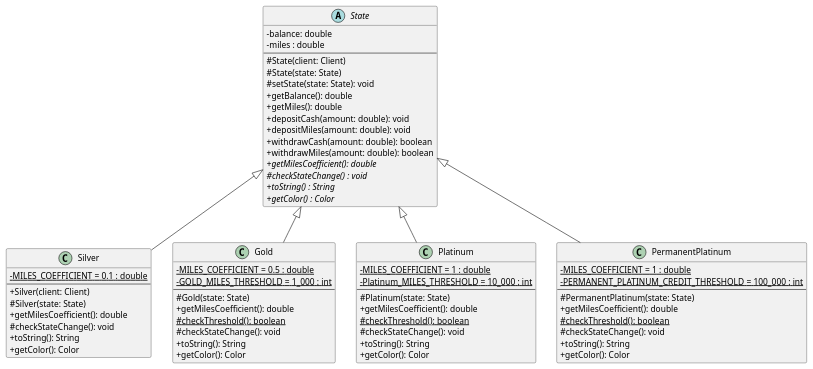
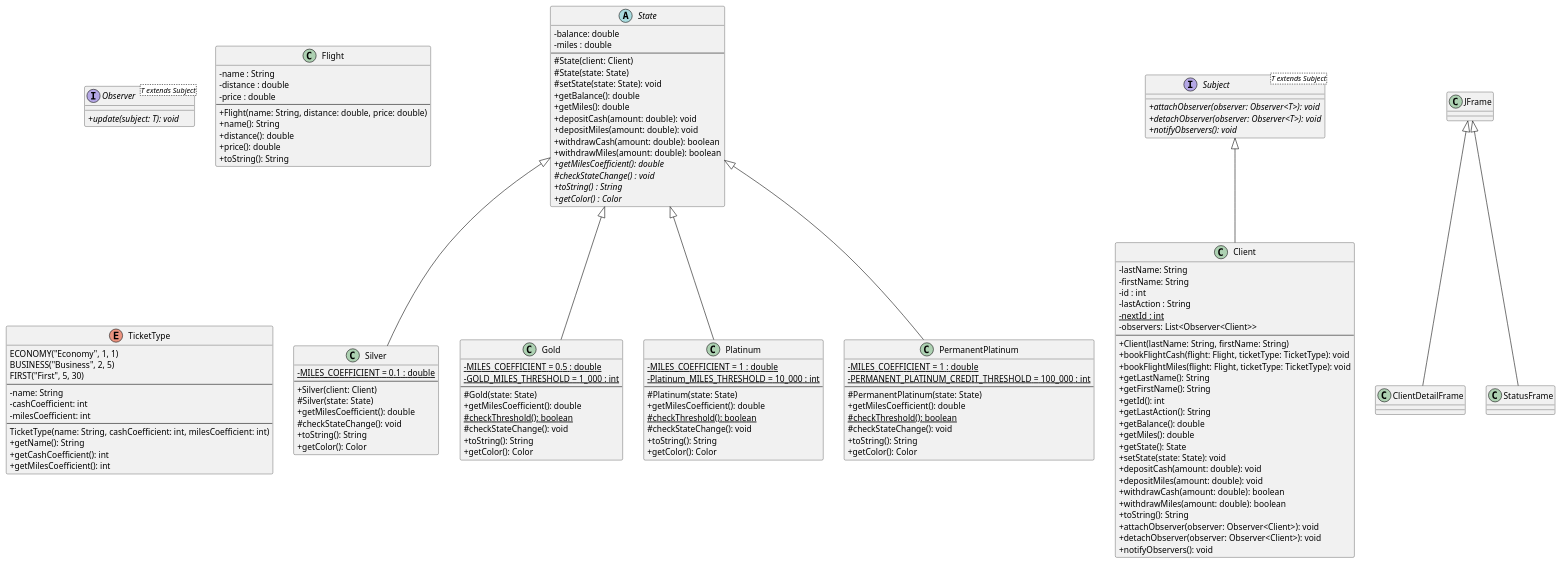
Before and after one commit to LeonardJouve/mcr-02: the diagram in uml/class_diagram.puml, drawn with PlantUML.

Commit message:
Update class diagram

```diff
--- a/uml/class_diagram.puml
+++ b/uml/class_diagram.puml
@@ -1,75 +1,156 @@
 @startuml
 skinparam classAttributeIconSize 0
 
 abstract class State {
     - balance: double
     - miles : double
     --
     # State(client: Client)
     # State(state: State)
     # setState(state: State): void
     + getBalance(): double
     + getMiles(): double
     + depositCash(amount: double): void
     + depositMiles(amount: double): void
     + withdrawCash(amount: double): boolean
     + withdrawMiles(amount: double): boolean
     {abstract} + getMilesCoefficient(): double
     {abstract} # checkStateChange() : void
     {abstract} + toString() : String
     {abstract} + getColor() : Color
 }
 
 class Silver {
     - {static} MILES_COEFFICIENT = 0.1 : double
     --
     + Silver(client: Client)
     # Silver(state: State)
     + getMilesCoefficient(): double
     # checkStateChange(): void
     + toString(): String
     + getColor(): Color
 }
 
 class Gold {
     - {static} MILES_COEFFICIENT = 0.5 : double
     - {static} GOLD_MILES_THRESHOLD = 1_000 : int
     --
     # Gold(state: State)
     + getMilesCoefficient(): double
     {static} # checkThreshold(): boolean
     # checkStateChange(): void
     + toString(): String
     + getColor(): Color
 }
 
 class Platinum {
     - {static} MILES_COEFFICIENT = 1 : double
     - {static} Platinum_MILES_THRESHOLD = 10_000 : int
     --
     # Platinum(state: State)
     + getMilesCoefficient(): double
     {static} # checkThreshold(): boolean
     # checkStateChange(): void
     + toString(): String
     + getColor(): Color
 }
 
 class PermanentPlatinum {
     - {static} MILES_COEFFICIENT = 1 : double
     - {static} PERMANENT_PLATINUM_CREDIT_THRESHOLD = 100_000 : int
     --
     # PermanentPlatinum(state: State)
     + getMilesCoefficient(): double
     {static} # checkThreshold(): boolean
     # checkStateChange(): void
     + toString(): String
     + getColor(): Color
 }
 
 State <|-- Silver
 State <|-- Gold
 State <|-- Platinum
 State <|-- PermanentPlatinum
 
+interface Subject<T extends Subject> {
+    {abstract}+ attachObserver(observer: Observer<T>): void
+    {abstract}+ detachObserver(observer: Observer<T>): void
+    {abstract}+ notifyObservers(): void
+}
+
+interface Observer<T extends Subject> {
+    {abstract}+ update(subject: T): void
+}
+
+class Client {
+    - lastName: String
+    - firstName: String
+    - id : int
+    - lastAction : String
+    {static} - nextId : int
+    - observers: List<Observer<Client>>
+    --
+    + Client(lastName: String, firstName: String)
+    + bookFlightCash(flight: Flight, ticketType: TicketType): void
+    + bookFlightMiles(flight: Flight, ticketType: TicketType): void
+    + getLastName(): String
+    + getFirstName(): String
+    + getId(): int
+    + getLastAction(): String
+    + getBalance(): double
+    + getMiles(): double
+    + getState(): State
+    + setState(state: State): void
+    + depositCash(amount: double): void
+    + depositMiles(amount: double): void
+    + withdrawCash(amount: double): boolean
+    + withdrawMiles(amount: double): boolean
+    + toString(): String
+    + attachObserver(observer: Observer<Client>): void
+    + detachObserver(observer: Observer<Client>): void
+    + notifyObservers(): void
+}
+
+Subject <|-- Client
+
+class Flight {
+    - name : String
+    - distance : double
+    - price : double
+    --
+    + Flight(name: String, distance: double, price: double)
+    + name(): String
+    + distance(): double
+    + price(): double
+    + toString(): String
+}
+
+enum TicketType {
+    ECONOMY("Economy", 1, 1)
+    BUSINESS("Business", 2, 5)
+    FIRST("First", 5, 30)
+    --
+    - name: String
+    - cashCoefficient: int
+    - milesCoefficient: int
+    --
+    TicketType(name: String, cashCoefficient: int, milesCoefficient: int)
+    + getName(): String
+    + getCashCoefficient(): int
+    + getMilesCoefficient(): int
+}
+
+class JFrame {}
+
+class ClientDetailFrame {
+
+}
+
+class StatusFrame {
+
+}
+
+JFrame <|-- ClientDetailFrame
+JFrame <|-- StatusFrame
+
 @enduml
```
